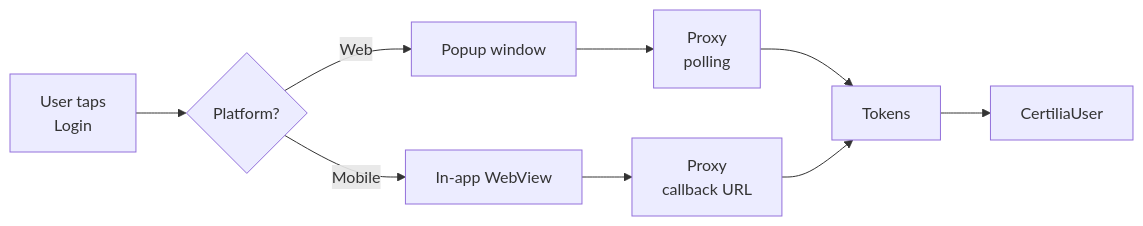
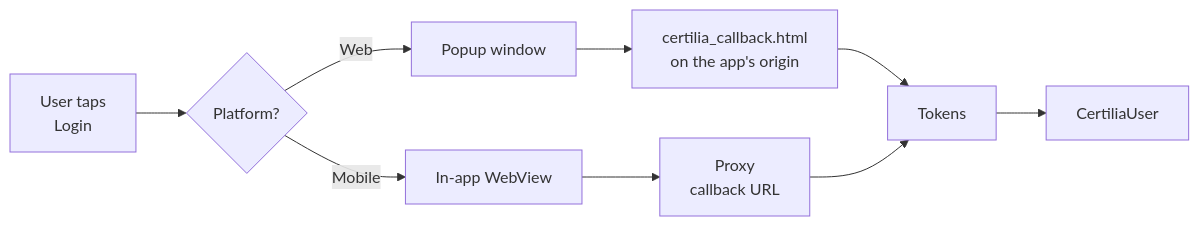
Before and after one commit to stepanic/flutter_certilia: the diagram in example/README.md, drawn with Mermaid. The commit also changed other lines of this file and 16 other files, not shown here.

````diff
--- a/example/README.md
+++ b/example/README.md
@@ -76,11 +77,11 @@
 ```mermaid
 flowchart LR
     A[User taps<br/>Login] --> B{Platform?}
     B -->|Web| C[Popup window]
     B -->|Mobile| D[In-app WebView]
-    C --> E[Proxy<br/>polling]
+    C --> E[certilia_callback.html<br/>on the app's origin]
     D --> F[Proxy<br/>callback URL]
     E --> G[Tokens]
     F --> G
     G --> H[CertiliaUser]
 ```
````
